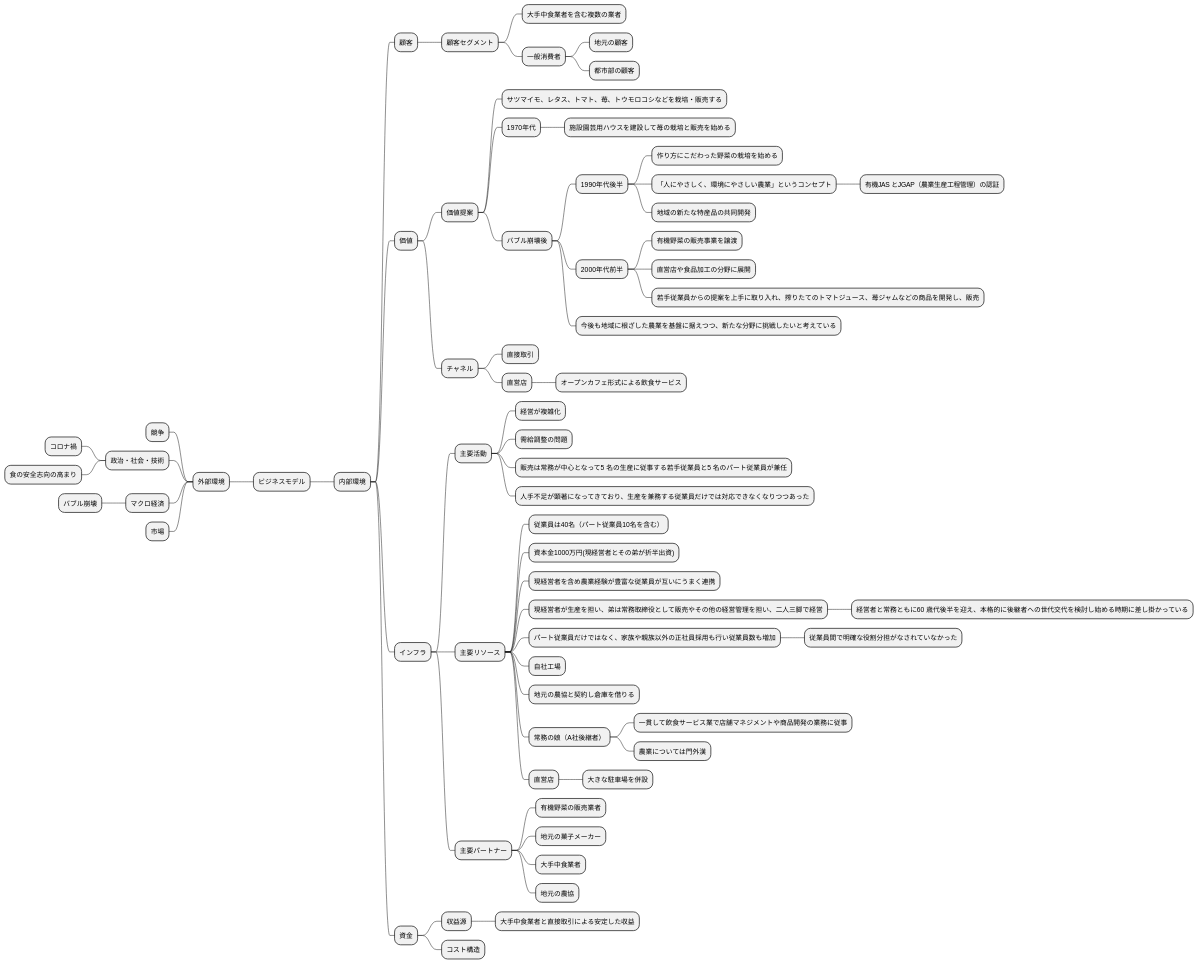
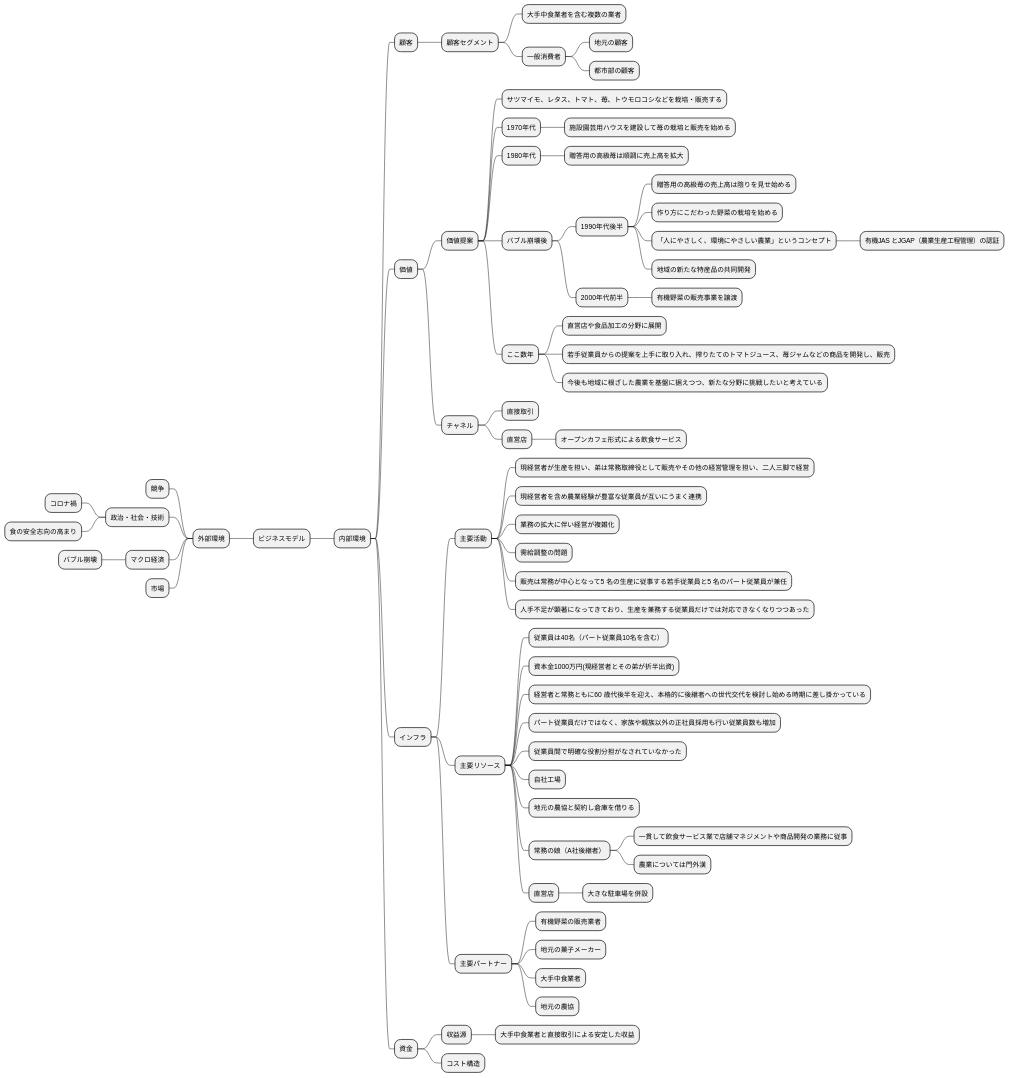
One commit to k2works/requirements_definition_excercise changed the seventh of 15 diagrams in docs/R04/study/take01.md. Above: the diagram before and after it, drawn with PlantUML. The commit also changed other lines of this file, not shown here.

````diff
--- a/docs/R04/study/take01.md
+++ b/docs/R04/study/take01.md
@@ -181,70 +224,74 @@
 ```plantuml
 @startmindmap
 * ビジネスモデル
 -- 外部環境
 --- 競争
 --- 政治・社会・技術
 ---- コロナ禍
 ---- 食の安全志向の高まり
 --- マクロ経済
 ---- バブル崩壊
 --- 市場
 ** 内部環境
 *** 顧客
 **** 顧客セグメント
 ***** 大手中食業者を含む複数の業者
 ***** 一般消費者
 ****** 地元の顧客
 ****** 都市部の顧客
 *** 価値
 **** 価値提案
 ***** サツマイモ、レタス、トマト、苺、トウモロコシなどを栽培・販売する
 ***** 1970年代
 ****** 施設園芸用ハウスを建設して苺の栽培と販売を始める
+***** 1980年代
+****** 贈答用の高級苺は順調に売上高を拡大
 ***** バブル崩壊後
 ****** 1990年代後半
+******* 贈答用の高級苺の売上高は陰りを見せ始める
 ******* 作り方にこだわった野菜の栽培を始める
 ******* 「人にやさしく、環境にやさしい農業」というコンセプト
 ******** 有機JAS とJGAP（農業生産工程管理）の認証
 ******* 地域の新たな特産品の共同開発
 ****** 2000年代前半
 ******* 有機野菜の販売事業を譲渡
-******* 直営店や食品加工の分野に展開
-******* 若手従業員からの提案を上手に取り入れ、搾りたてのトマトジュース、苺ジャムなどの商品を開発し、販売
+***** ここ数年
+****** 直営店や食品加工の分野に展開
+****** 若手従業員からの提案を上手に取り入れ、搾りたてのトマトジュース、苺ジャムなどの商品を開発し、販売
 ****** 今後も地域に根ざした農業を基盤に据えつつ、新たな分野に挑戦したいと考えている
 **** チャネル
 ***** 直接取引
 ***** 直営店
 ****** オープンカフェ形式による飲食サービス
 *** インフラ
 **** 主要活動
-***** 経営が複雑化
+***** 現経営者が生産を担い、弟は常務取締役として販売やその他の経営管理を担い、二人三脚で経営
+***** 現経営者を含め農業経験が豊富な従業員が互いにうまく連携
+***** 業務の拡大に伴い経営が複雑化
 ***** 需給調整の問題
 ***** 販売は常務が中心となって5 名の生産に従事する若手従業員と5 名のパート従業員が兼任
 ***** 人手不足が顕著になってきており、生産を兼務する従業員だけでは対応できなくなりつつあった
 **** 主要リソース
 ***** 従業員は40名（パート従業員10名を含む）
 ***** 資本金1000万円(現経営者とその弟が折半出資)
-***** 現経営者を含め農業経験が豊富な従業員が互いにうまく連携
-***** 現経営者が生産を担い、弟は常務取締役として販売やその他の経営管理を担い、二人三脚で経営
-****** 経営者と常務ともに60 歳代後半を迎え、本格的に後継者への世代交代を検討し始める時期に差し掛かっている
+***** 経営者と常務ともに60 歳代後半を迎え、本格的に後継者への世代交代を検討し始める時期に差し掛かっている
 ***** パート従業員だけではなく、家族や親族以外の正社員採用も行い従業員数も増加
-****** 従業員間で明確な役割分担がなされていなかった
+***** 従業員間で明確な役割分担がなされていなかった
 ***** 自社工場
 ***** 地元の農協と契約し倉庫を借りる
 ***** 常務の娘（A社後継者）
 ****** 一貫して飲食サービス業で店舗マネジメントや商品開発の業務に従事
 ****** 農業については門外漢
 ***** 直営店
 ****** 大きな駐車場を併設
 **** 主要パートナー
 ***** 有機野菜の販売業者
 ***** 地元の菓子メーカー
 ***** 大手中食業者
 ***** 地元の農協
 *** 資金
 **** 収益源
 ***** 大手中食業者と直接取引による安定した収益
 **** コスト構造
 @endmindmap
 ```
````
